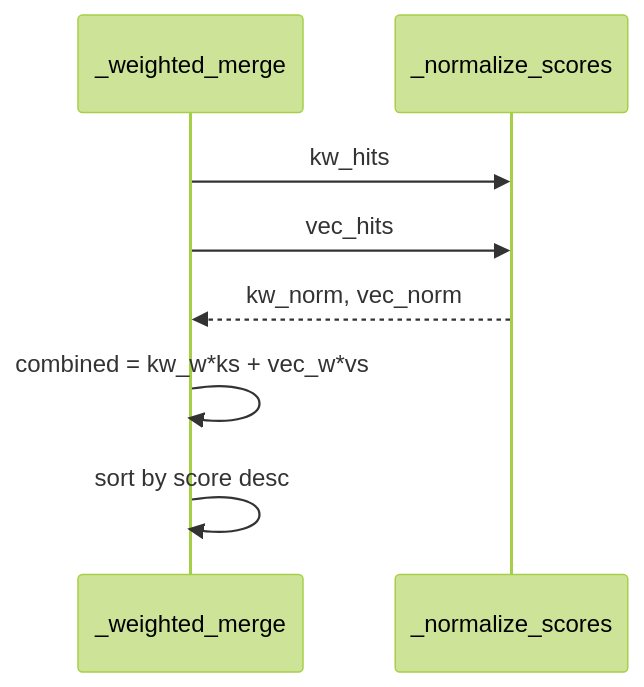
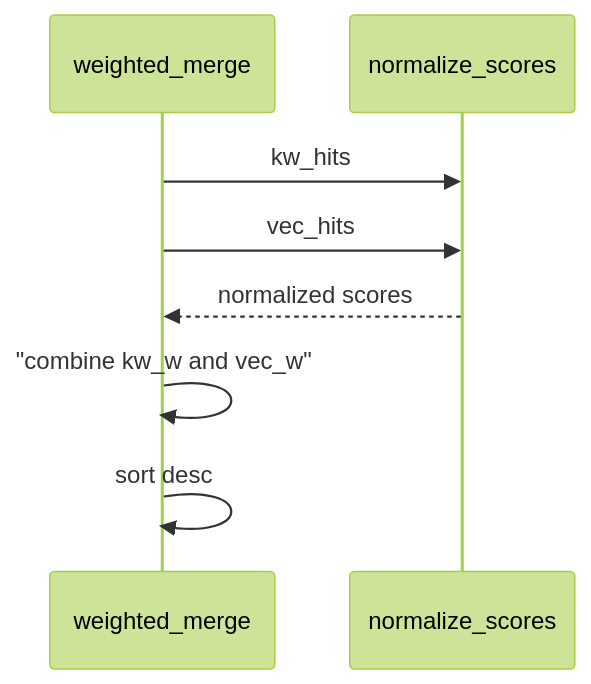
The second of 2 diagrams in course/day31/04_流程图与示意图.md (ab6539763/70_days_course_plus), drawn with Mermaid (forest theme) before and after one commit. The commit also changed other lines of this file and 128 other files, not shown here.

First line of the commit message:
fix(course): repair day31-37 diagrams, titles, and missing content

````diff
--- a/course/day31/04_流程图与示意图.md
+++ b/course/day31/04_流程图与示意图.md
@@ -25,10 +25,10 @@
 ```mermaid
 sequenceDiagram
-    participant W as _weighted_merge
-    participant N as _normalize_scores
+    participant W as weighted_merge
+    participant N as normalize_scores
     W->>N: kw_hits
     W->>N: vec_hits
-    N-->>W: kw_norm, vec_norm
-    W->>W: combined = kw_w*ks + vec_w*vs
-    W->>W: sort by score desc
+    N-->>W: normalized scores
+    W->>W: "combine kw_w and vec_w"
+    W->>W: sort desc
 ```
````
